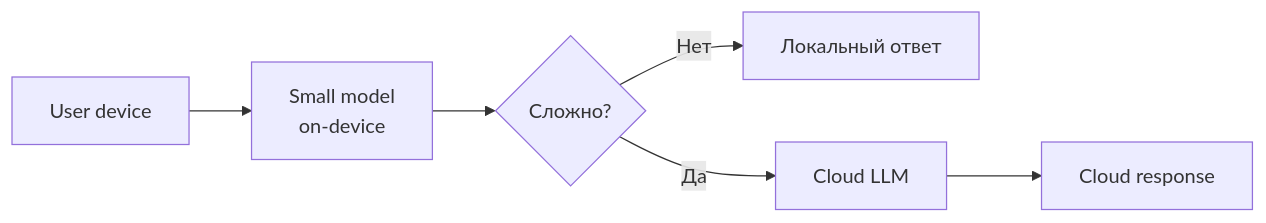
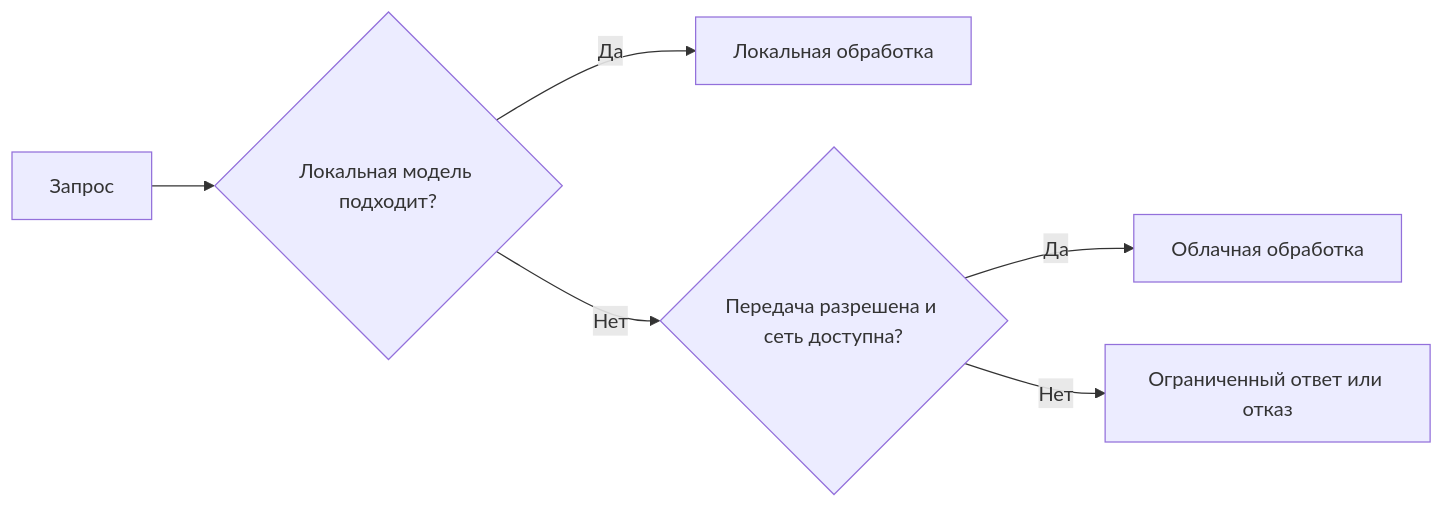
Before and after one commit to akeverus/cheat-sheet: the ninth of 10 diagrams in cheatsheets/interview/ai-ml/ai-application-architecture-interview.md, drawn with Mermaid. The commit also changed other lines of this file and 154 other files, not shown here.

````diff
--- a/cheatsheets/interview/ai-ml/ai-application-architecture-interview.md
+++ b/cheatsheets/interview/ai-ml/ai-application-architecture-interview.md
@@ -750,8 +616,8 @@
 ```mermaid
 flowchart LR
-    User[User device] --> SmallM[Small model<br/>on-device]
-    SmallM --> Decide{Сложно?}
-    Decide -->|Нет| Out1[Локальный ответ]
-    Decide -->|Да| Cloud[Cloud LLM]
-    Cloud --> Out2[Cloud response]
+    User[Запрос] --> Route{Локальная модель подходит?}
+    Route -->|Да| Local[Локальная обработка]
+    Route -->|Нет| Allowed{Передача разрешена и сеть доступна?}
+    Allowed -->|Да| Cloud[Облачная обработка]
+    Allowed -->|Нет| Limited[Ограниченный ответ или отказ]
 ```
````
